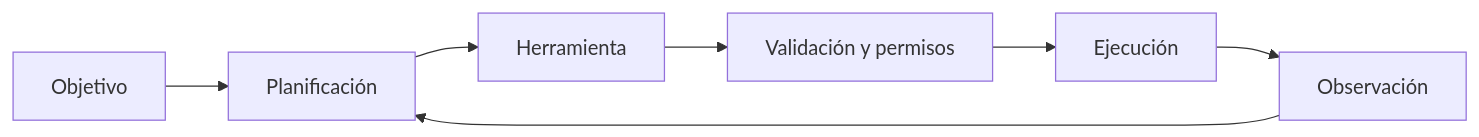
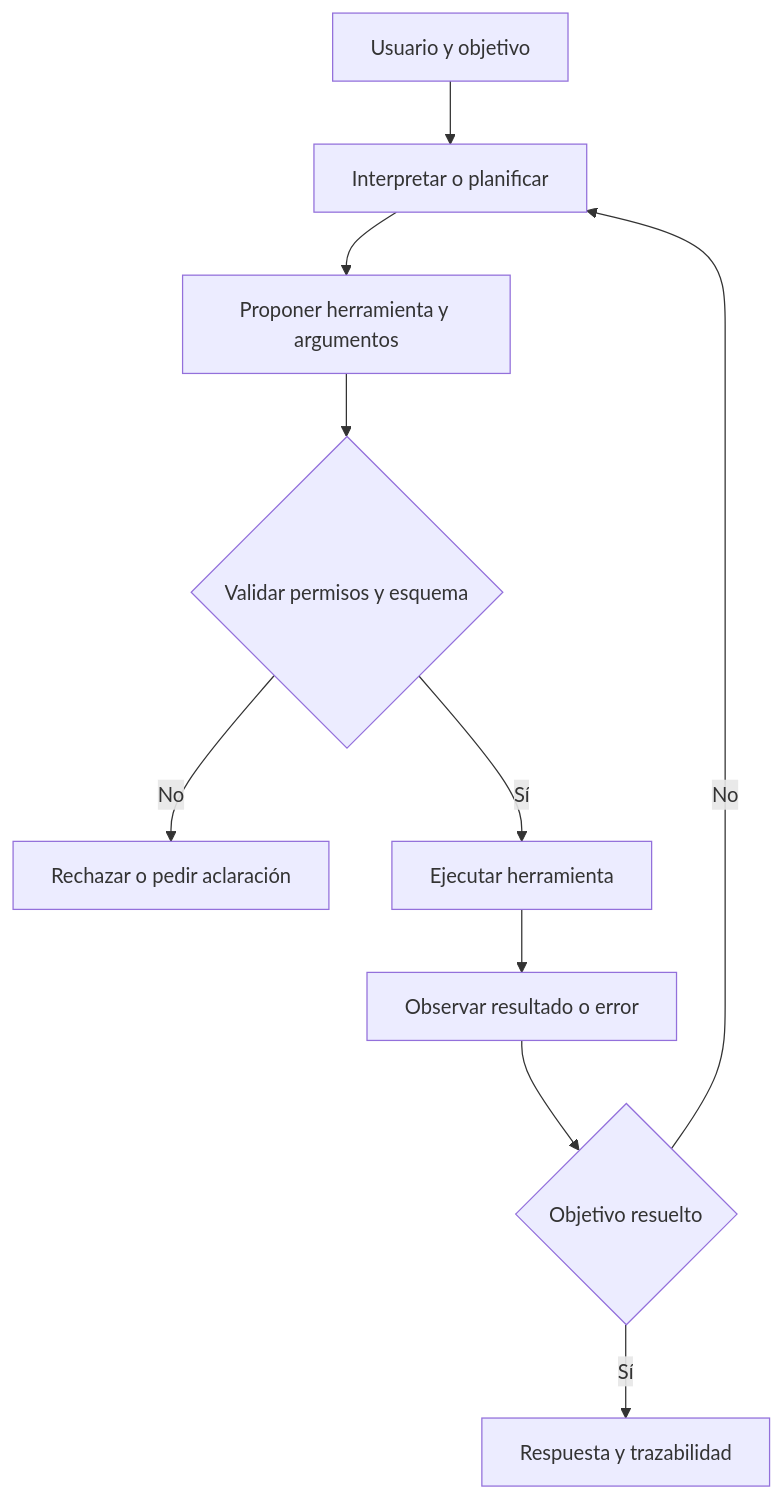
Before and after one commit to jesusmanueldl/como-funciona-la-ia: the diagram in docs/25-agentes.md, drawn with Mermaid. The commit also changed other lines of this file and 30 other files, not shown here.

````diff
--- a/docs/25-agentes.md
+++ b/docs/25-agentes.md
@@ -7,9 +9,12 @@
 ```mermaid
-flowchart LR
-  O[Objetivo] --> P[Planificación]
-  P --> T[Herramienta]
-  T --> V[Validación y permisos]
-  V --> E[Ejecución]
-  E --> R[Observación]
-  R --> P
+flowchart TD
+  U[Usuario y objetivo] --> P[Interpretar o planificar]
+  P --> T[Proponer herramienta y argumentos]
+  T --> V{Validar permisos y esquema}
+  V -- No --> X[Rechazar o pedir aclaración]
+  V -- Sí --> E[Ejecutar herramienta]
+  E --> O[Observar resultado o error]
+  O --> D{Objetivo resuelto}
+  D -- No --> P
+  D -- Sí --> R[Respuesta y trazabilidad]
 ```
````
